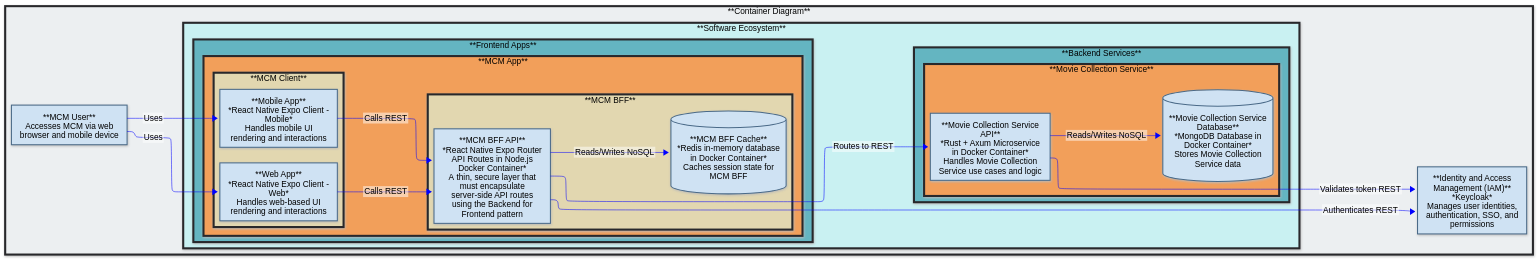
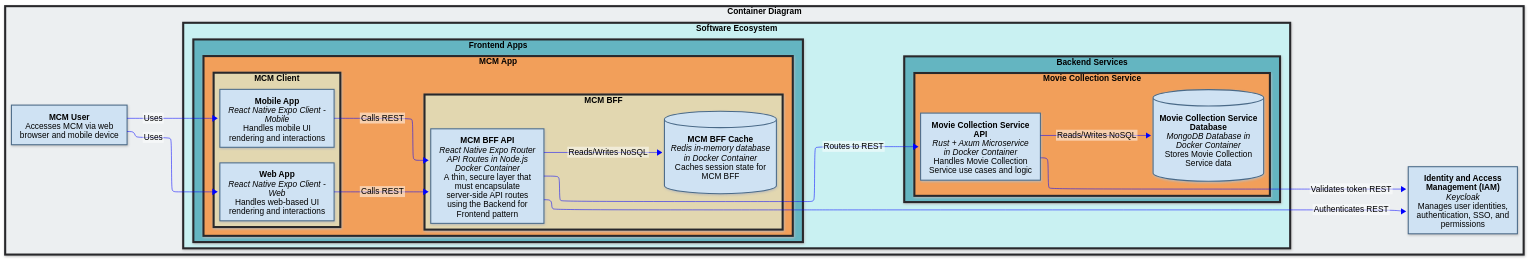
One commit to jumbleknot/MovieCollectionManager changed the first of 2 diagrams in docs/MCM-Architecture.md. Above: the diagram before and after it, drawn with Mermaid. The commit also changed other lines of this file and 1 other file, not shown here.

Commit message:
mermaid style updates

````diff
--- a/docs/MCM-Architecture.md
+++ b/docs/MCM-Architecture.md
@@ -68,76 +68,76 @@
 ```mermaid
 ---
 config:
   layout: elk
   theme: base
   themeVariables:
     primaryColor: '#cfe2f3'
     primaryTextColor: '#000000'
     primaryBorderColor: '#4a6a88'
     lineColor: '#0000ff'
     secondaryColor: '#85e2e2'
     edgeLabelBackground: '#ffffff'
     tertiaryTextColor: '#000000'
   look: neo
   htmlLabels: false
 ---
 graph LR
   classDef style_background fill:#ECEFF1,stroke:#28282B,stroke-width:4px,color:#000000;
   classDef style_sub1 fill:#C9F1F2,stroke:#28282B,stroke-width:4px,color:#000000;
   classDef style_sub2 fill:#64B5C1,stroke:#28282B,stroke-width:4px,color:#000000;
   classDef style_sub3 fill:#F29F5A,stroke:#28282B,stroke-width:4px,color:#000000;
   classDef style_sub4 fill:#E2D7B0,stroke:#28282B,stroke-width:4px,color:#000000;
   classDef style_node fill:#cfe2f3,stroke:#4a6a88,stroke-width:2px,color:#000000;
 
-  subgraph c4_container_diagram["**Container Diagram**"]
-    mcm_user["**MCM User**<br/>Accesses MCM via web browser and mobile device"]
+  subgraph c4_container_diagram["`**Container Diagram**`"]
+    mcm_user["`**MCM User**<br/>Accesses MCM via web browser and mobile device`"]
     
-    subgraph software_ecosystem["**Software Ecosystem**"]
-        subgraph frontend["**Frontend Apps**"]
-            subgraph mcm_app["**MCM App**"]
-                subgraph mcm_client["**MCM Client**"]
-                    mcm_web["**Web App**<br/>*React Native Expo Client - Web*<br/>Handles web-based UI rendering and interactions"]
-                    mcm_mobile["**Mobile App**<br/>*React Native Expo Client - Mobile*<br/>Handles mobile UI rendering and interactions"]
+    subgraph software_ecosystem["`**Software Ecosystem**`"]
+        subgraph frontend["`**Frontend Apps**`"]
+            subgraph mcm_app["`**MCM App**`"]
+                subgraph mcm_client["`**MCM Client**`"]
+                    mcm_web["`**Web App**<br/>*React Native Expo Client - Web*<br/>Handles web-based UI rendering and interactions`"]
+                    mcm_mobile["`**Mobile App**<br/>*React Native Expo Client - Mobile*<br/>Handles mobile UI rendering and interactions`"]
                 end
-                subgraph mcm_bff["**MCM BFF**"]
-                    mcm_bff_api["**MCM BFF API**<br/>*React Native Expo Router API Routes in Node.js Docker Container*<br/>A thin, secure layer that must encapsulate server-side API routes using the Backend for Frontend pattern"]
-                    mcm_bff_cache[("**MCM BFF Cache**<br/>*Redis in-memory database in Docker Container*<br/>Caches session state for MCM BFF")]
+                subgraph mcm_bff["`**MCM BFF**`"]
+                    mcm_bff_api["`**MCM BFF API**<br/>*React Native Expo Router API Routes in Node.js Docker Container*<br/>A thin, secure layer that must encapsulate server-side API routes using the Backend for Frontend pattern`"]
+                    mcm_bff_cache[("`**MCM BFF Cache**<br/>*Redis in-memory database in Docker Container*<br/>Caches session state for MCM BFF`")]
                 end
             end
         end
         
-        subgraph backend["**Backend Services**"]
-            subgraph mc_service["**Movie Collection Service**"]
-                mc_service_api["**Movie Collection Service API**<br/>*Rust + Axum Microservice in Docker Container*<br/>Handles Movie Collection Service use cases and logic"]
-                mc_service_db[("**Movie Collection Service Database**<br/>*MongoDB Database in Docker Container*<br/>Stores Movie Collection Service data")]
+        subgraph backend["`**Backend Services**`"]
+            subgraph mc_service["`**Movie Collection Service**`"]
+                mc_service_api["`**Movie Collection Service API**<br/>*Rust + Axum Microservice in Docker Container*<br/>Handles Movie Collection Service use cases and logic`"]
+                mc_service_db[("`**Movie Collection Service Database**<br/>*MongoDB Database in Docker Container*<br/>Stores Movie Collection Service data`")]
             end
         end
     end
     
-    keycloak["**Identity and Access Management (IAM)**<br/>*Keycloak*<br/>Manages user identities, authentication, SSO, and permissions"]
+    keycloak["`**Identity and Access Management (IAM)**<br/>*Keycloak*<br/>Manages user identities, authentication, SSO, and permissions`"]
     
     mcm_user -->|Uses| mcm_web
     mcm_user -->|Uses| mcm_mobile
     
     mcm_web -->|Calls REST| mcm_bff_api
     mcm_mobile -->|Calls REST| mcm_bff_api
     
     mcm_bff_api -->|Reads/Writes NoSQL| mcm_bff_cache
     
     mcm_bff_api -->|Routes to REST| mc_service_api
     
     mc_service_api -->|Reads/Writes NoSQL| mc_service_db
     
     mcm_bff_api -->|Authenticates REST| keycloak
     mc_service_api -->|Validates token REST| keycloak
   end
 
   class c4_container_diagram style_background;
   class software_ecosystem style_sub1;
   class frontend,backend style_sub2;
   class mcm_app,mc_service style_sub3;
   class mcm_client,mcm_bff style_sub4;
   class mcm_user,mcm_web,mcm_mobile,mcm_bff_api,mcm_bff_cache,mc_service_api,mc_service_db,keycloak style_node;
 
   linkStyle default stroke:blue,color:black;
 ```
````
